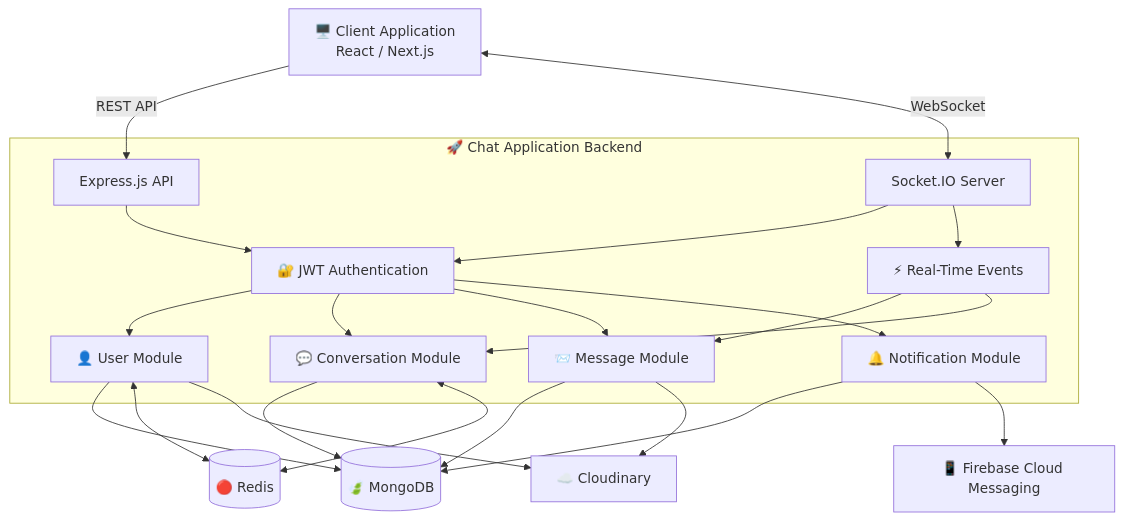
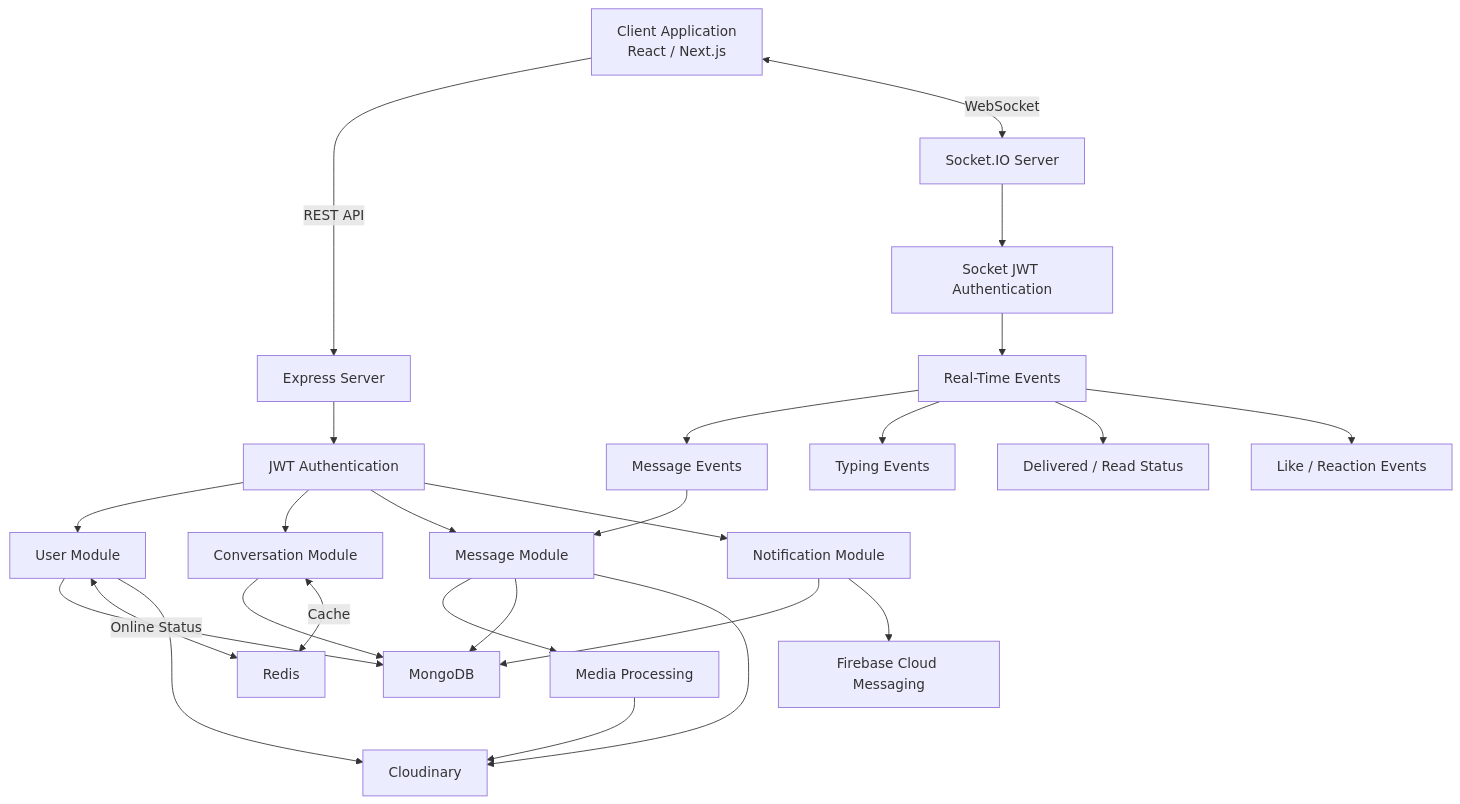
Before and after one commit to Aminulhoque01/cha-application-backend: the first of 17 diagrams in README.md, drawn with Mermaid. The commit also changed other lines of this file, not shown here.

Commit message:
backend done

````diff
--- a/README.md
+++ b/README.md
@@ -114,50 +110,49 @@
 ```mermaid
 flowchart TB
 
-    Client["🖥️ Client Application<br/>React / Next.js"]
+    Client["Client Application<br/>React / Next.js"]
 
-    Client -->|"REST API"| API
-    Client <-->|"WebSocket"| Socket
+    Client -->|REST API| Express
+    Client <-->|WebSocket| Socket
 
-    subgraph Backend["🚀 Chat Application Backend"]
+    Express["Express Server"]
+    Socket["Socket.IO Server"]
 
-        API["Express.js API"]
-        Socket["Socket.IO Server"]
+    Express --> Auth["JWT Authentication"]
+    Socket --> SocketAuth["Socket JWT Authentication"]
 
-        Auth["🔐 JWT Authentication"]
+    Auth --> User["User Module"]
+    Auth --> Conversation["Conversation Module"]
+    Auth --> Message["Message Module"]
+    Auth --> Notification["Notification Module"]
 
-        User["👤 User Module"]
-        Conversation["💬 Conversation Module"]
-        Message["📨 Message Module"]
-        Notification["🔔 Notification Module"]
+    SocketAuth --> Realtime["Real-Time Events"]
 
-        Realtime["⚡ Real-Time Events"]
+    Realtime --> MessageEvents["Message Events"]
+    Realtime --> Typing["Typing Events"]
+    Realtime --> Status["Delivered / Read Status"]
+    Realtime --> Reactions["Like / Reaction Events"]
 
-    end
+    MessageEvents --> Message
 
-    API --> Auth
-    Socket --> Auth
+    Message --> Media["Media Processing"]
 
-    Auth --> User
-    Auth --> Conversation
-    Auth --> Message
-    Auth --> Notification
-
-    Socket --> Realtime
-
-    Realtime --> Message
-    Realtime --> Conversation
-
-    User --> MongoDB[("🍃 MongoDB")]
+    User --> MongoDB
     Conversation --> MongoDB
     Message --> MongoDB
     Notification --> MongoDB
 
-    Conversation <--> Redis[("🔴 Redis")]
-    User <--> Redis
+    Conversation <-->|Cache| Redis
+    User <-->|Online Status| Redis
 
-    User --> Cloudinary["☁️ Cloudinary"]
     Message --> Cloudinary
+    User --> Cloudinary
+    Media --> Cloudinary
 
-    Notification --> FCM["📱 Firebase Cloud Messaging"]
+    Notification --> Push["Push Notification Service"]
+
+    MongoDB["MongoDB"]
+    Redis["Redis"]
+    Cloudinary["Cloudinary"]
+    Push["Firebase Cloud Messaging"]
 ```
````
